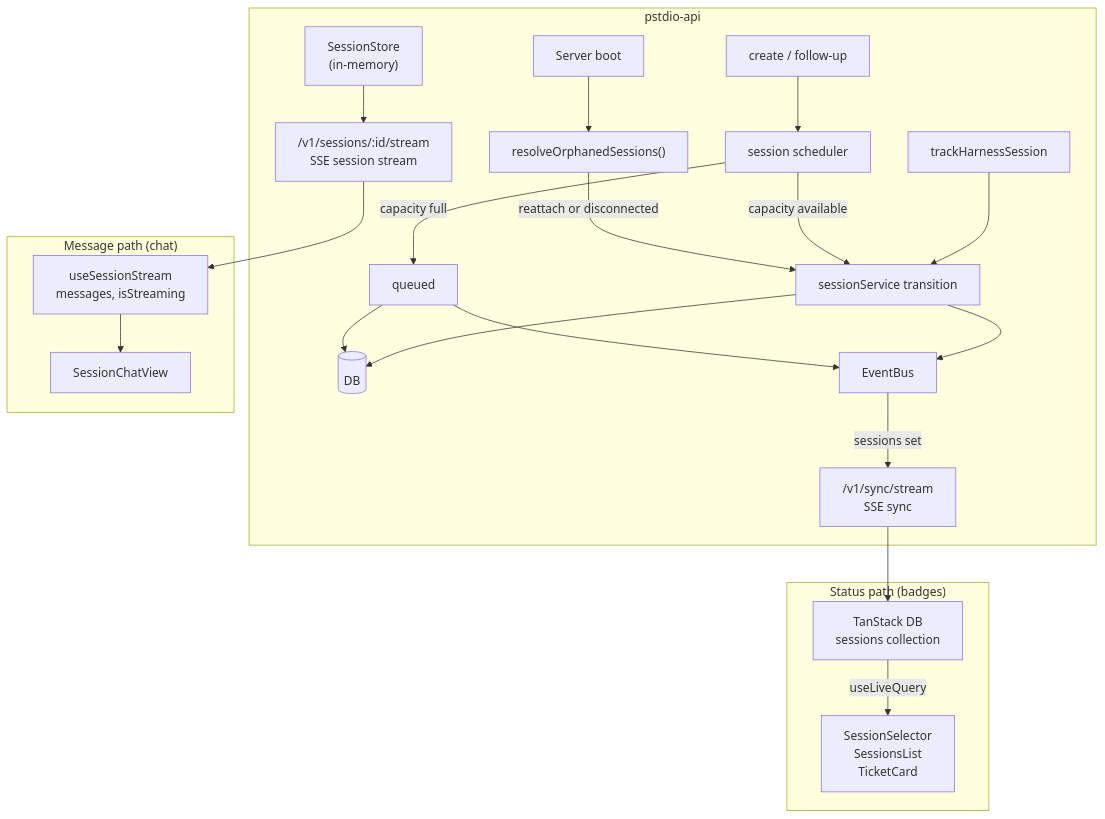
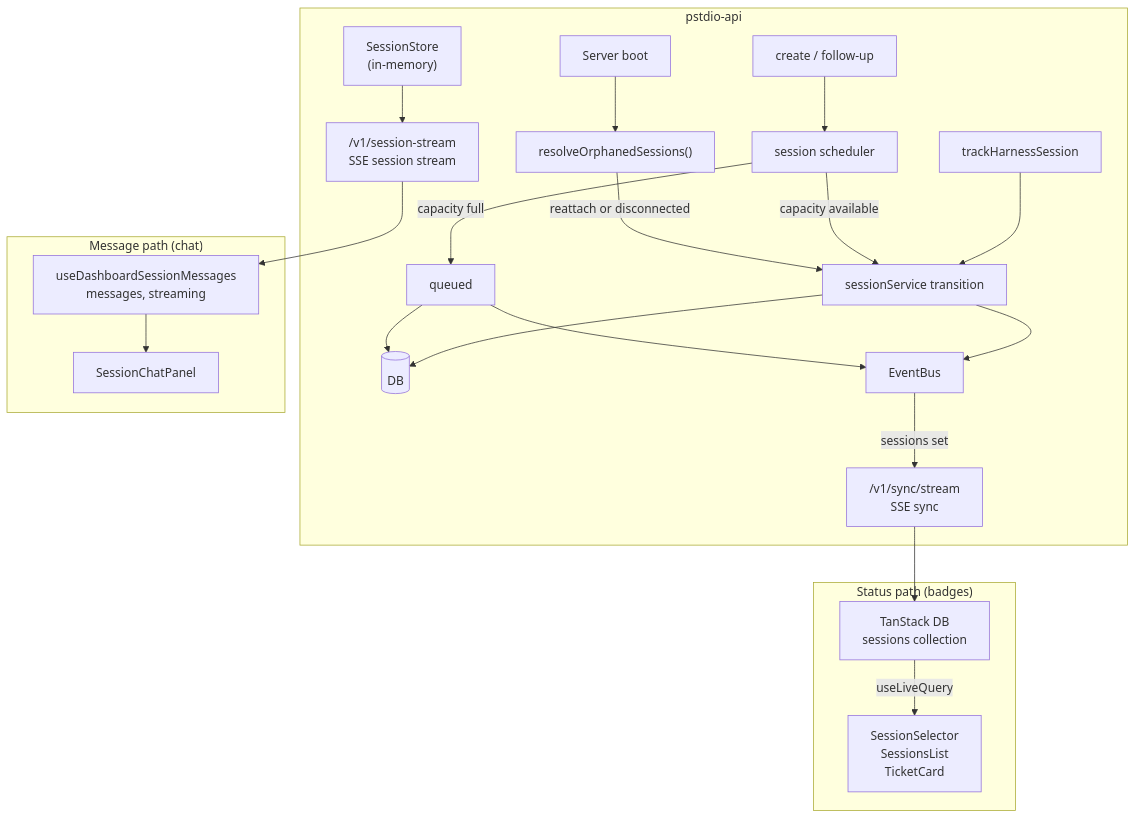
Before and after one commit to pufflyai/prompt-studio: the diagram in documentation/references/architecture/0019-session-status-lifecycle.md, drawn with Mermaid. The commit also changed other lines of this file and 31 other files, not shown here.

Commit message:
fix(PS-448): stream every chat session over one shared connection; remove the 30-second view read deadline

````diff
--- a/documentation/references/architecture/0019-session-status-lifecycle.md
+++ b/documentation/references/architecture/0019-session-status-lifecycle.md
@@ -7,28 +7,28 @@
 ```mermaid
 graph TD
     subgraph "pstdio-api"
         BOOT["Server boot"] --> SWEEP["resolveOrphanedSessions()"]
         SWEEP -- "reattach or disconnected" --> UPDATE
         CREATE["create / follow-up"] --> SCHEDULER["session scheduler"]
         SCHEDULER -- "capacity full" --> QUEUED["queued"]
         SCHEDULER -- "capacity available" --> UPDATE["sessionService transition"]
         QUEUED --> DB
         QUEUED --> BUS
         EXIT["trackHarnessSession"] --> UPDATE
         UPDATE --> DB[(DB)]
         UPDATE --> BUS["EventBus"]
         BUS -- "sessions set" --> SSE_SYNC
         STORE["SessionStore\n(in-memory)"] --> STREAM_SSE
     end
 
     subgraph "Status path (badges)"
         SSE_SYNC["/v1/sync/stream\nSSE sync"] --> TANSTACK["TanStack DB\nsessions collection"]
         TANSTACK -- "useLiveQuery" --> BADGES["SessionSelector\nSessionsList\nTicketCard"]
     end
 
     subgraph "Message path (chat)"
-        STREAM_SSE["/v1/sessions/:id/stream\nSSE session stream"] --> HOOK["useSessionStream\nmessages, isStreaming"]
-        HOOK --> CHAT["SessionChatView"]
+        STREAM_SSE["/v1/session-stream\nSSE session stream"] --> HOOK["useDashboardSessionMessages\nmessages, streaming"]
+        HOOK --> CHAT["SessionChatPanel"]
     end
 
 ```
````
